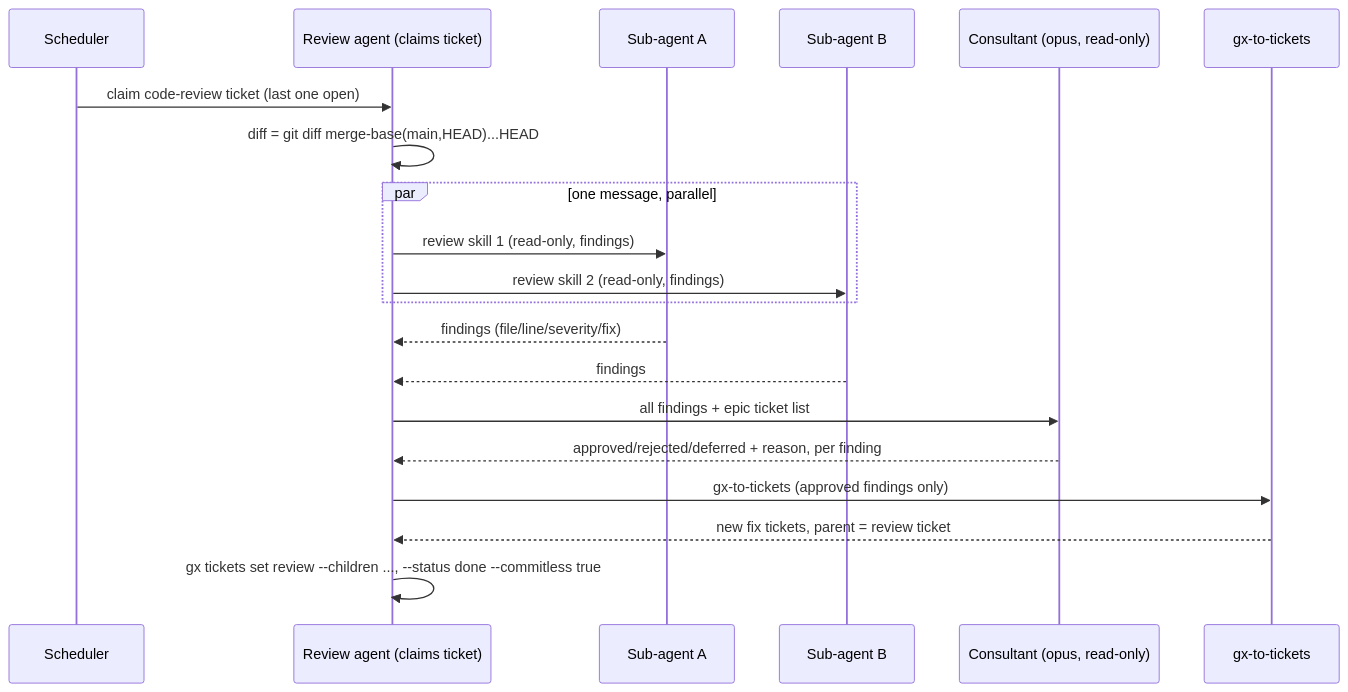
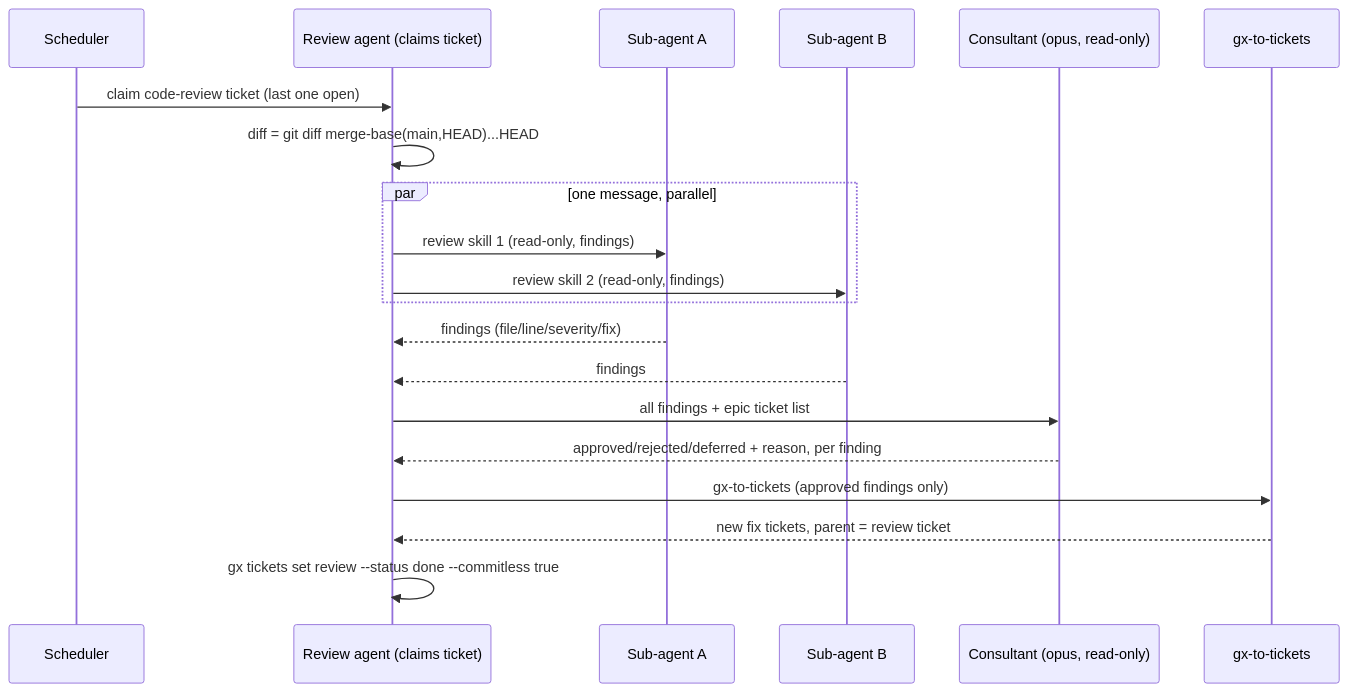
The fifth of 7 diagrams in docs/ralph-loop-queue-orchestrator.md (elentok/gx), drawn with Mermaid before and after one commit. The commit also changed other lines of this file and 6 other files, not shown here.

````diff
--- a/docs/ralph-loop-queue-orchestrator.md
+++ b/docs/ralph-loop-queue-orchestrator.md
@@ -188,23 +187,23 @@
 ```mermaid
 sequenceDiagram
     participant Sched as Scheduler
     participant Rev as Review agent (claims ticket)
     participant Sub1 as Sub-agent A
     participant Sub2 as Sub-agent B
     participant Con as Consultant (opus, read-only)
     participant Tick as gx-to-tickets
 
     Sched->>Rev: claim code-review ticket (last one open)
     Rev->>Rev: diff = git diff merge-base(main,HEAD)...HEAD
     par one message, parallel
         Rev->>Sub1: review skill 1 (read-only, findings)
         Rev->>Sub2: review skill 2 (read-only, findings)
     end
     Sub1-->>Rev: findings (file/line/severity/fix)
     Sub2-->>Rev: findings
     Rev->>Con: all findings + epic ticket list
     Con-->>Rev: approved/rejected/deferred + reason, per finding
     Rev->>Tick: gx-to-tickets (approved findings only)
     Tick-->>Rev: new fix tickets, parent = review ticket
-    Rev->>Rev: gx tickets set review --children ..., --status done --commitless true
+    Rev->>Rev: gx tickets set review --status done --commitless true
 ```
````
